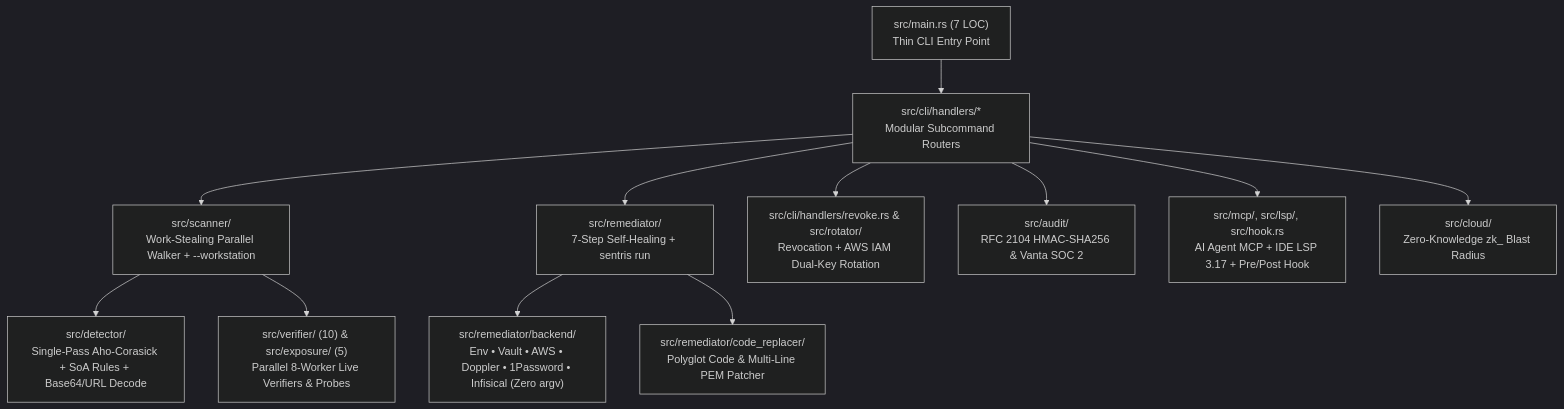
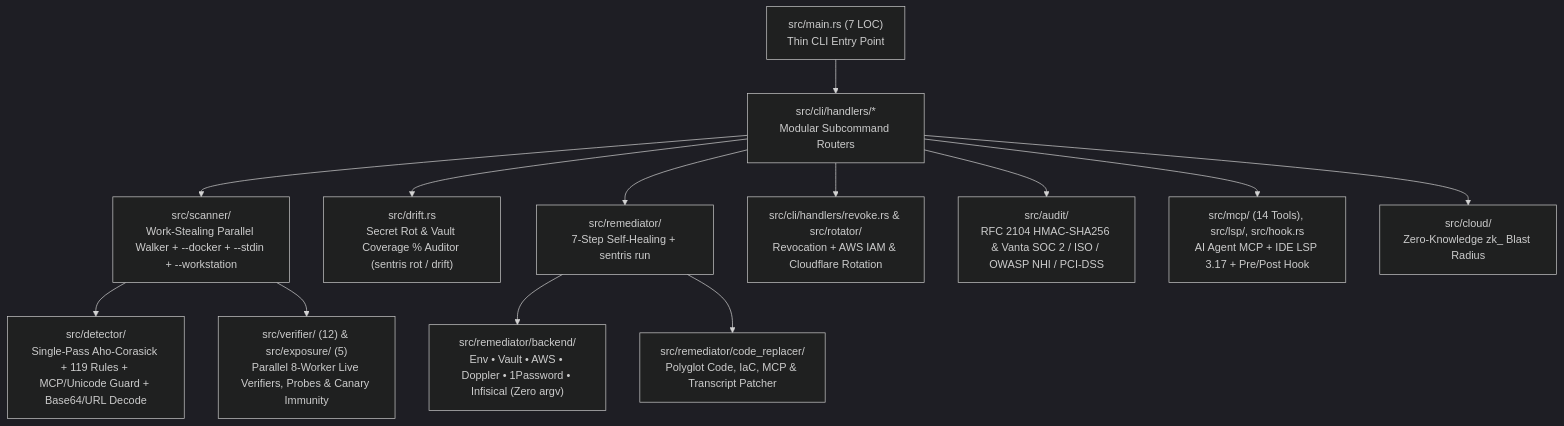
The diagram in docs/BENCHMARKS-AND-ARCHITECTURE.md (Bharath-code/sentris), drawn with Mermaid (dark theme) before and after one commit. The commit also changed other lines of this file and 16 other files, not shown here.

Commit message:
feat(drift): add sentris rot alias, stale/dead key rot audit, webhook alerts & update docs

````diff
--- a/docs/BENCHMARKS-AND-ARCHITECTURE.md
+++ b/docs/BENCHMARKS-AND-ARCHITECTURE.md
@@ -85,14 +85,15 @@
 ```mermaid
 flowchart TD
     Main["src/main.rs (7 LOC)\nThin CLI Entry Point"] --> Handlers["src/cli/handlers/*\nModular Subcommand Routers"]
-    Handlers --> Scanner["src/scanner/\nWork-Stealing Parallel Walker + --workstation"]
+    Handlers --> Scanner["src/scanner/\nWork-Stealing Parallel Walker + --docker + --stdin + --workstation"]
+    Handlers --> Drift["src/drift.rs\nSecret Rot & Vault Coverage % Auditor (sentris rot / drift)"]
     Handlers --> Remediator["src/remediator/\n7-Step Self-Healing + sentris run"]
-    Handlers --> Revoke["src/cli/handlers/revoke.rs & src/rotator/\nRevocation + AWS IAM Dual-Key Rotation"]
-    Handlers --> Audit["src/audit/\nRFC 2104 HMAC-SHA256 & Vanta SOC 2"]
-    Handlers --> Protocols["src/mcp/, src/lsp/, src/hook.rs\nAI Agent MCP + IDE LSP 3.17 + Pre/Post Hook"]
+    Handlers --> Revoke["src/cli/handlers/revoke.rs & src/rotator/\nRevocation + AWS IAM & Cloudflare Rotation"]
+    Handlers --> Audit["src/audit/\nRFC 2104 HMAC-SHA256 & Vanta SOC 2 / ISO / OWASP NHI / PCI-DSS"]
+    Handlers --> Protocols["src/mcp/ (14 Tools), src/lsp/, src/hook.rs\nAI Agent MCP + IDE LSP 3.17 + Pre/Post Hook"]
     Handlers --> Cloud["src/cloud/\nZero-Knowledge zk_<sha256> Blast Radius"]
-    Scanner --> Detector["src/detector/\nSingle-Pass Aho-Corasick + SoA Rules + Base64/URL Decode"]
-    Scanner --> Exposure["src/verifier/ (10) & src/exposure/ (5)\nParallel 8-Worker Live Verifiers & Probes"]
+    Scanner --> Detector["src/detector/\nSingle-Pass Aho-Corasick + 119 Rules + MCP/Unicode Guard + Base64/URL Decode"]
+    Scanner --> Exposure["src/verifier/ (12) & src/exposure/ (5)\nParallel 8-Worker Live Verifiers, Probes & Canary Immunity"]
     Remediator --> Backends["src/remediator/backend/\nEnv • Vault • AWS • Doppler • 1Password • Infisical (Zero argv)"]
-    Remediator --> Replacer["src/remediator/code_replacer/\nPolyglot Code & Multi-Line PEM Patcher"]
+    Remediator --> Replacer["src/remediator/code_replacer/\nPolyglot Code, IaC, MCP & Transcript Patcher"]
 ```
````
